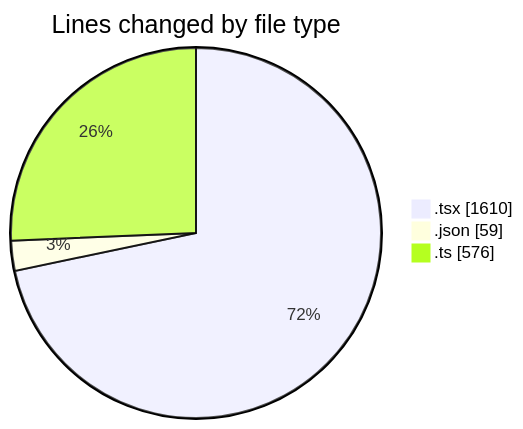
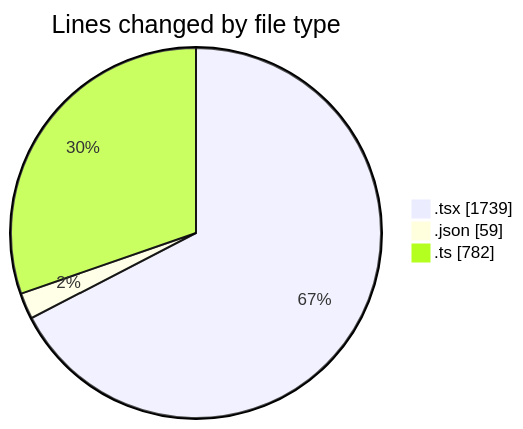
One commit to momahboobian/code-tracking changed the first of 2 diagrams in 2025-11-24/cda/README.md. Above: the diagram before and after it, drawn with Mermaid. The commit also changed other lines of this file and 1 other file, not shown here.

````diff
--- a/2025-11-24/cda/README.md
+++ b/2025-11-24/cda/README.md
@@ -28,7 +30,7 @@
 ```mermaid
 pie showData
 title Lines changed by file type
-".tsx" : 1610
+".tsx" : 1739
 ".json" : 59
-".ts" : 576
+".ts" : 782
 ```
````
